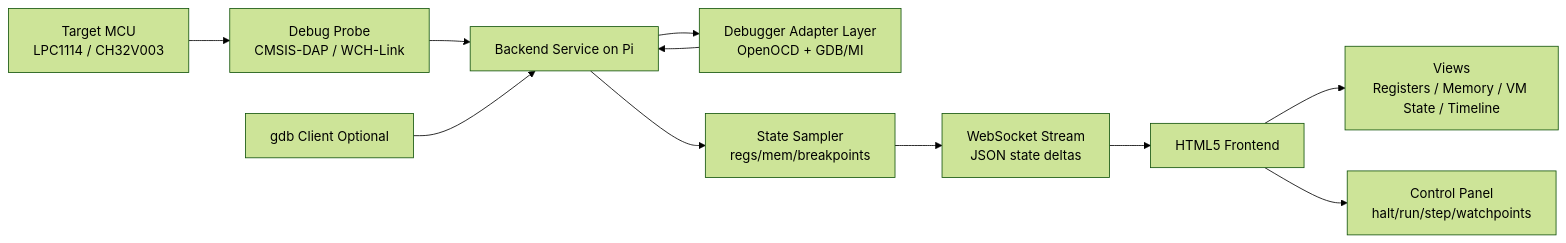
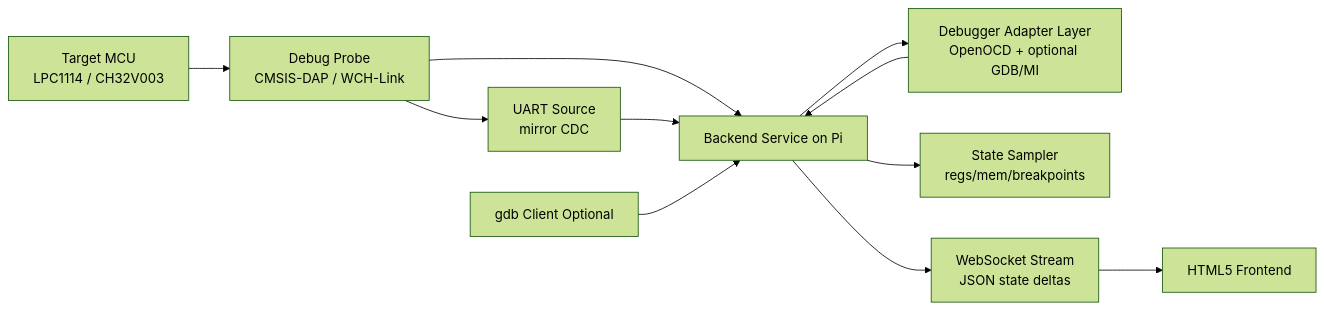
Before and after one commit to jdesbonnet/codex_experiment_06: the second of 2 diagrams in docs/web_debugger_visualization_proposal.md, drawn with Mermaid (forest theme). The commit also changed other lines of this file and 3 other files, not shown here.

Commit message:
web debugger doc

````diff
--- a/docs/web_debugger_visualization_proposal.md
+++ b/docs/web_debugger_visualization_proposal.md
@@ -22,13 +60,13 @@
 ```mermaid
 flowchart LR
     A[Target MCU<br/>LPC1114 / CH32V003] --> B[Debug Probe<br/>CMSIS-DAP / WCH-Link]
     B --> C[Backend Service on Pi]
-    C --> D[Debugger Adapter Layer<br/>OpenOCD + GDB/MI]
+    C --> D[Debugger Adapter Layer<br/>OpenOCD + optional GDB/MI]
     D --> C
     C --> E[State Sampler<br/>regs/mem/breakpoints]
-    E --> F[WebSocket Stream<br/>JSON state deltas]
-    F --> G[HTML5 Frontend]
-    G --> H[Views<br/>Registers / Memory / VM State / Timeline]
-    G --> I[Control Panel<br/>halt/run/step/watchpoints]
-    J[gdb Client Optional] --> C
+    B --> F[UART Source<br/>mirror CDC]
+    F --> C
+    C --> G[WebSocket Stream<br/>JSON state deltas]
+    G --> H[HTML5 Frontend]
+    I[gdb Client Optional] --> C
 ```
````
